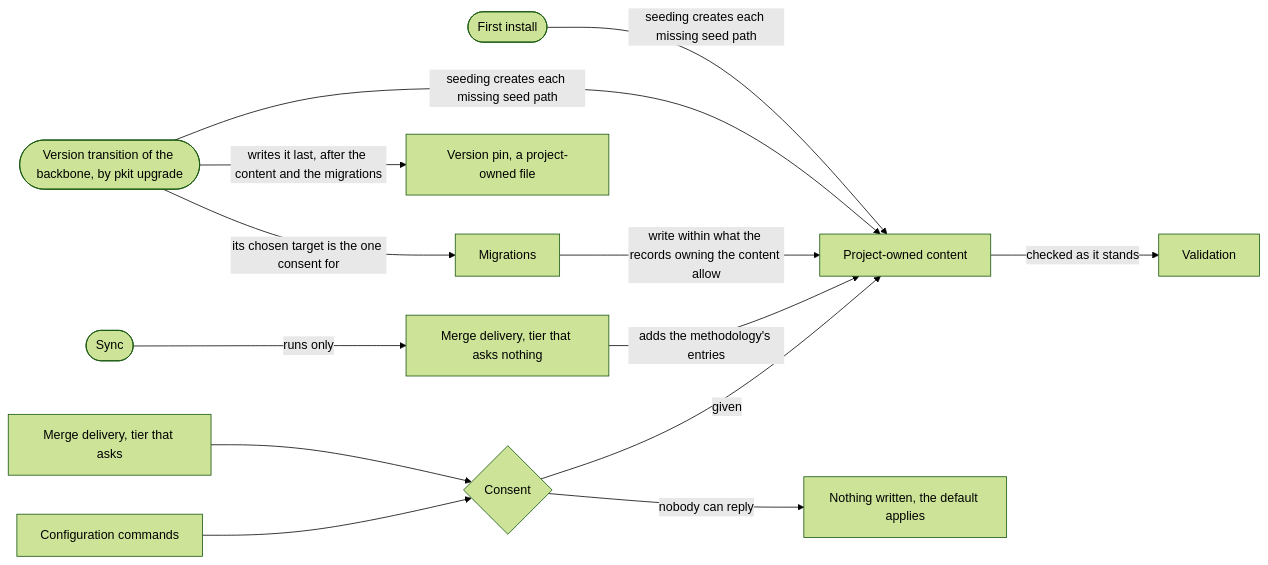
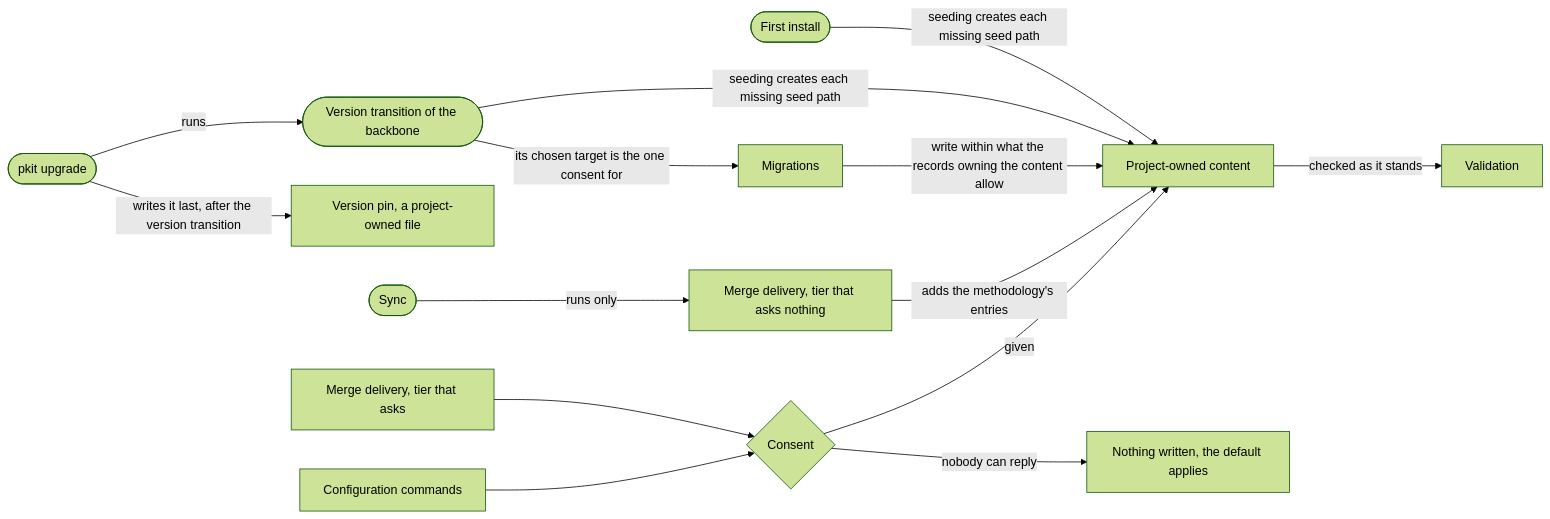
Before and after one commit to aleskalfas/project-kit: the second of 3 diagrams in tech-docs/analysis/core/domain-model/050-a-projects-own-files.md, drawn with Mermaid (forest theme). The commit also changed other lines of this file and 2 other files, not shown here.

````diff
--- a/tech-docs/analysis/core/domain-model/050-a-projects-own-files.md
+++ b/tech-docs/analysis/core/domain-model/050-a-projects-own-files.md
@@ -92,17 +93,18 @@
 ```mermaid
 flowchart LR
   accTitle: How a project's own files come to be written
-  accDescr: The first install, and each version transition of the backbone, seed each missing seed path, which is project-owned content from then on. A version transition's chosen target is the one consent for every migration it runs, and each migration writes within what the records owning the content allow. The version transition writes the version pin last, after the content and the migrations. Sync runs only merge delivery's tier that asks nothing, which adds the methodology's entries. Merge delivery's tier that asks, and the configuration commands, write only with consent. Where nobody can reply, nothing is written and the default applies. Validation checks the project's state as it stands.
+  accDescr: The first install, and each version transition of the backbone, seed each missing seed path, which is project-owned content from then on. A version transition's chosen target is the one consent for every migration it runs, and each migration writes within what the records owning the content allow. After the version transition, pkit upgrade writes the version pin, last of all. Sync runs only merge delivery's tier that asks nothing, which adds the methodology's entries. Merge delivery's tier that asks, and the configuration commands, write only with consent. Where nobody can reply, nothing is written and the default applies. Validation checks the project's state as it stands.
   I([First install]) -->|seeding creates each missing seed path| C[Project-owned content]
-  T(["Version transition of the backbone, by pkit upgrade"]) -->|seeding creates each missing seed path| C
+  U(["pkit upgrade"]) -->|runs| T(["Version transition of the backbone"])
+  T -->|seeding creates each missing seed path| C
   T -->|its chosen target is the one consent for| M[Migrations]
   M -->|write within what the records owning the content allow| C
-  T -->|writes it last, after the content and the migrations| P["Version pin, a project-owned file"]
+  U -->|writes it last, after the version transition| P["Version pin, a project-owned file"]
   S([Sync]) -->|runs only| D1["Merge delivery, tier that asks nothing"]
   D1 -->|adds the methodology's entries| C
   D2["Merge delivery, tier that asks"] --> Q{Consent}
   CC[Configuration commands] --> Q
   Q -->|given| C
   Q -->|nobody can reply| N["Nothing written, the default applies"]
   C -->|checked as it stands| V[Validation]
 ```
````
